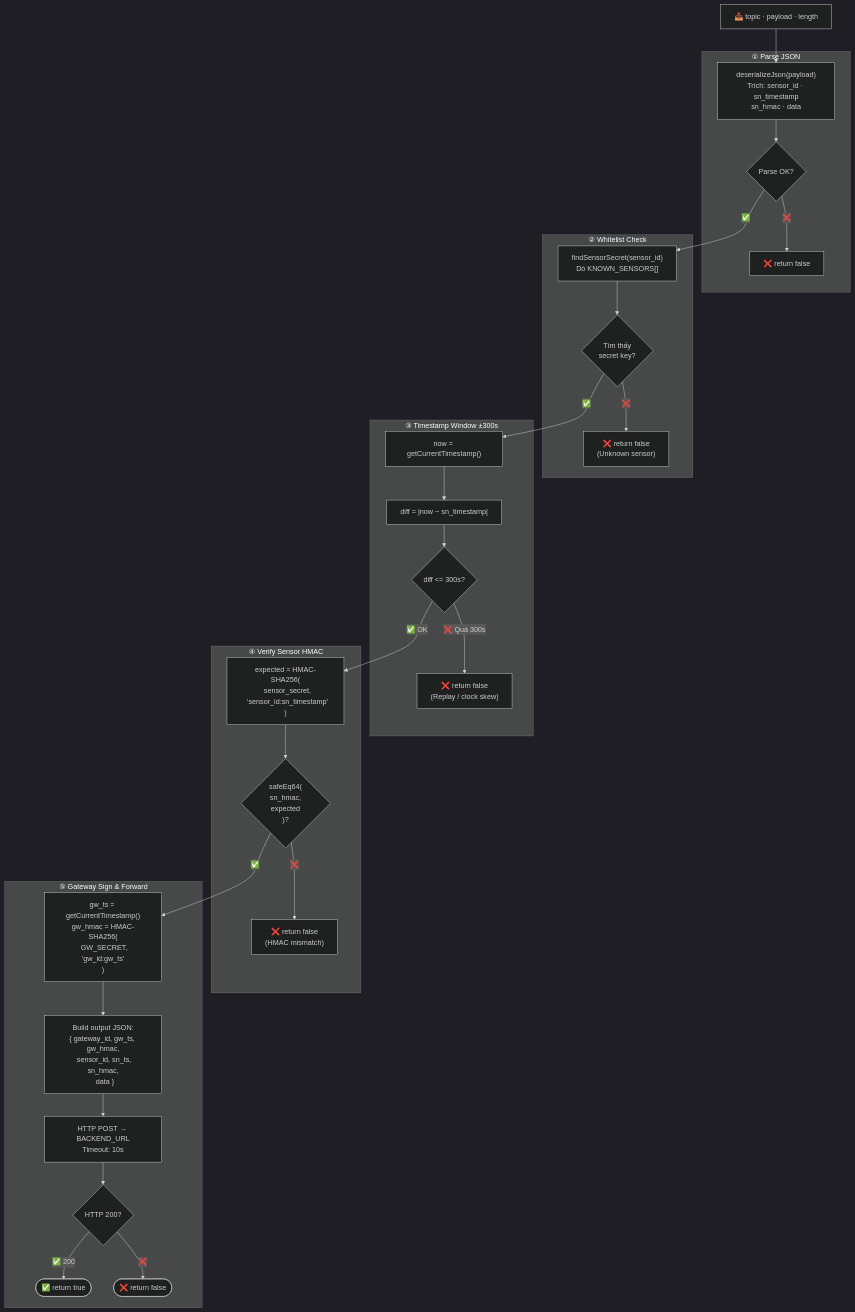
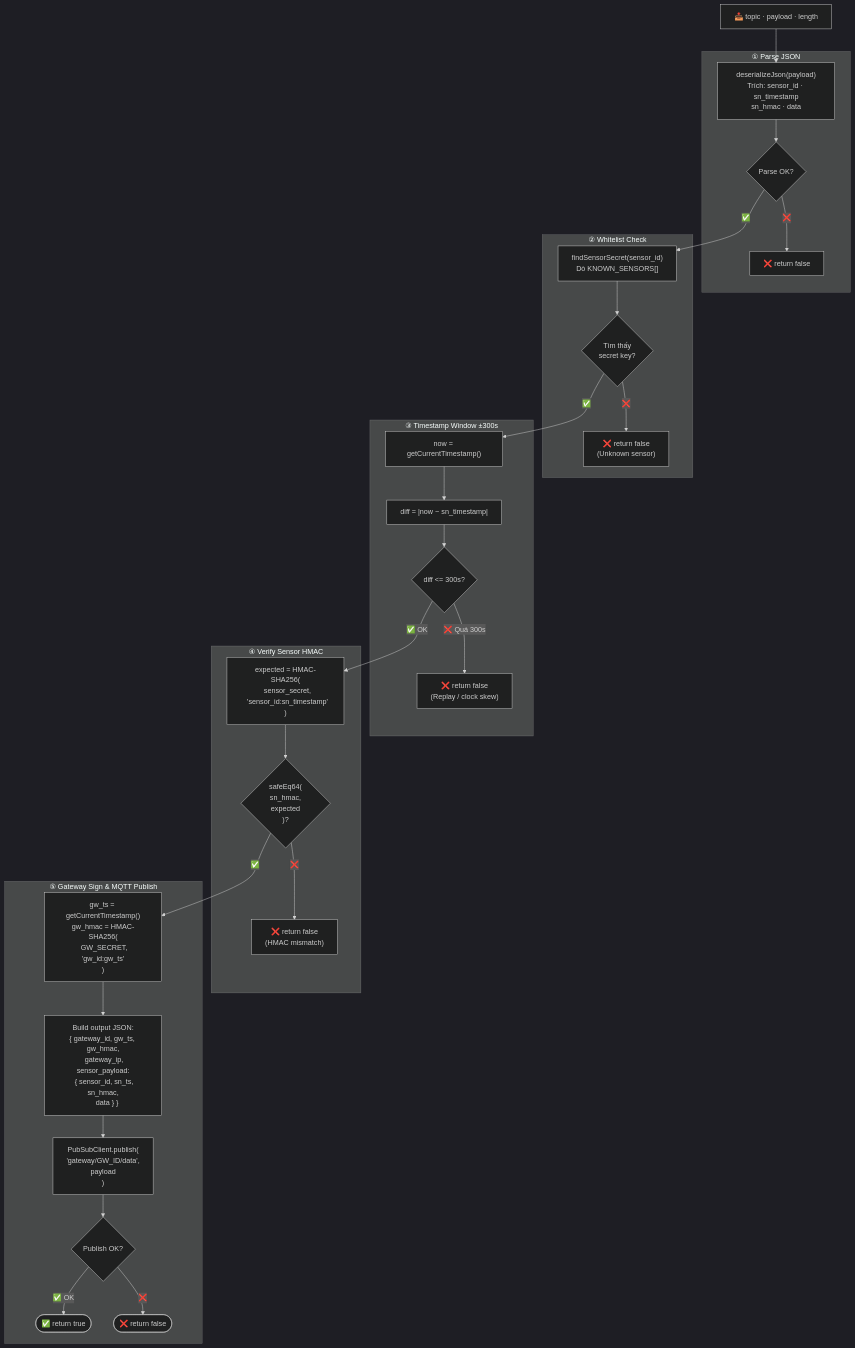
Before and after one commit to Noxxsanl/manageDeviceIoT: the tenth of 15 diagrams in FIRMWARE_FLOWCHART.md, drawn with Mermaid (dark theme). The commit also changed other lines of this file and 18 other files, not shown here.

````diff
--- a/FIRMWARE_FLOWCHART.md
+++ b/FIRMWARE_FLOWCHART.md
@@ -234,50 +236,50 @@
 ```mermaid
 flowchart TD
     FI["📥 topic · payload · length"]
 
     subgraph P1 ["① Parse JSON"]
         J1["deserializeJson(payload)\nTrích: sensor_id · sn_timestamp\nsn_hmac · data"]
         J2{"Parse OK?"}
         JE["❌ return false"]
     end
 
     subgraph P2 ["② Whitelist Check"]
         W1["findSensorSecret(sensor_id)\nDò KNOWN_SENSORS[]"]
         W2{"Tìm thấy\nsecret key?"}
         WE["❌ return false\n(Unknown sensor)"]
     end
 
     subgraph P3 ["③ Timestamp Window ±300s"]
         T1["now = getCurrentTimestamp()"]
         T2["diff = |now − sn_timestamp|"]
         T3{"diff <= 300s?"}
         TE["❌ return false\n(Replay / clock skew)"]
     end
 
     subgraph P4 ["④ Verify Sensor HMAC"]
         H1["expected = HMAC-SHA256(\n  sensor_secret,\n  'sensor_id:sn_timestamp'\n)"]
         H2{"safeEq64(\n  sn_hmac,\n  expected\n)?"}
         HE["❌ return false\n(HMAC mismatch)"]
     end
 
-    subgraph P5 ["⑤ Gateway Sign & Forward"]
+    subgraph P5 ["⑤ Gateway Sign & MQTT Publish"]
         G1["gw_ts = getCurrentTimestamp()\ngw_hmac = HMAC-SHA256(\n  GW_SECRET, 'gw_id:gw_ts'\n)"]
-        G2["Build output JSON:\n{ gateway_id, gw_ts, gw_hmac,\n  sensor_id, sn_ts, sn_hmac,\n  data }"]
-        G3["HTTP POST → BACKEND_URL\nTimeout: 10s"]
-        G4{"HTTP 200?"}
+        G2["Build output JSON:\n{ gateway_id, gw_ts, gw_hmac,\n  gateway_ip, sensor_payload:\n  { sensor_id, sn_ts, sn_hmac,\n    data } }"]
+        G3["PubSubClient.publish(\n  'gateway/GW_ID/data',\n  payload\n)"]
+        G4{"Publish OK?"}
         OK5(["✅ return true"])
         ERR5(["❌ return false"])
     end
 
     FI --> J1 --> J2
     J2 -->|"❌"| JE
     J2 -->|"✅"| W1 --> W2
     W2 -->|"❌"| WE
     W2 -->|"✅"| T1 --> T2 --> T3
     T3 -->|"❌ Quá 300s"| TE
     T3 -->|"✅ OK"| H1 --> H2
     H2 -->|"❌"| HE
     H2 -->|"✅"| G1 --> G2 --> G3 --> G4
-    G4 -->|"✅ 200"| OK5
+    G4 -->|"✅ OK"| OK5
     G4 -->|"❌"| ERR5
 ```
````
